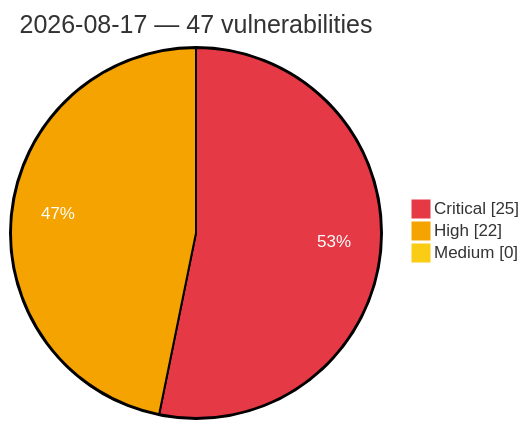
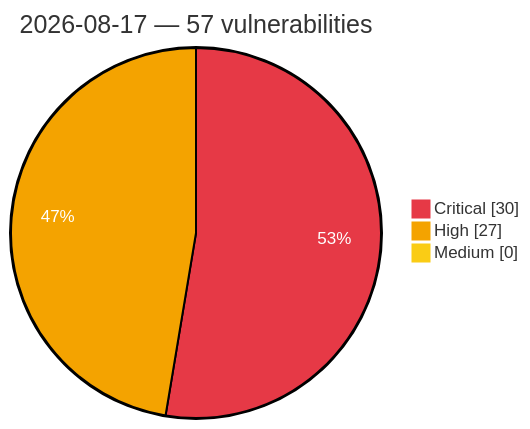
The diagram in vulnerabilities/2026/August/2026-08-17.md (GhostX0X/vuln-tracker), drawn with Mermaid before and after one commit. The commit also changed other lines of this file and 5 other files, not shown here.

Commit message:
Auto update: critical/high vulns (2026-08-17 18:14 UTC)

````diff
--- a/vulnerabilities/2026/August/2026-08-17.md
+++ b/vulnerabilities/2026/August/2026-08-17.md
@@ -3,8 +3,8 @@
 ```mermaid
 %%{init: {'theme':'base', 'themeVariables': {'pie1':'#e63946', 'pie2':'#f4a300', 'pie3':'#facc15', 'pieOpacity':'1', 'pieOuterStrokeWidth':'2px', 'pieSectionTextColor':'#ffffff'}}}%%
 pie showData
-    title 2026-08-17 — 47 vulnerabilities
-    "Critical" : 25
-    "High" : 22
+    title 2026-08-17 — 57 vulnerabilities
+    "Critical" : 30
+    "High" : 27
     "Medium" : 0
 ```
````
